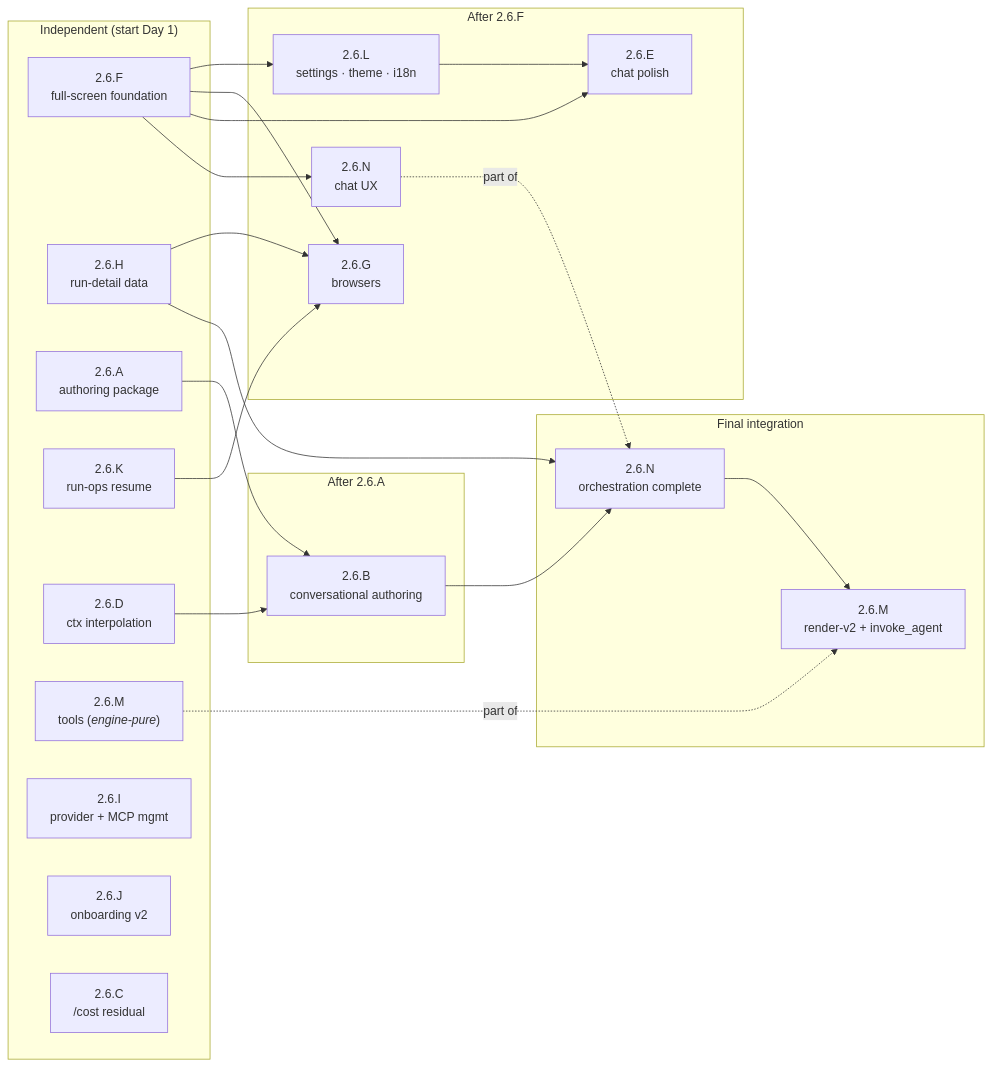
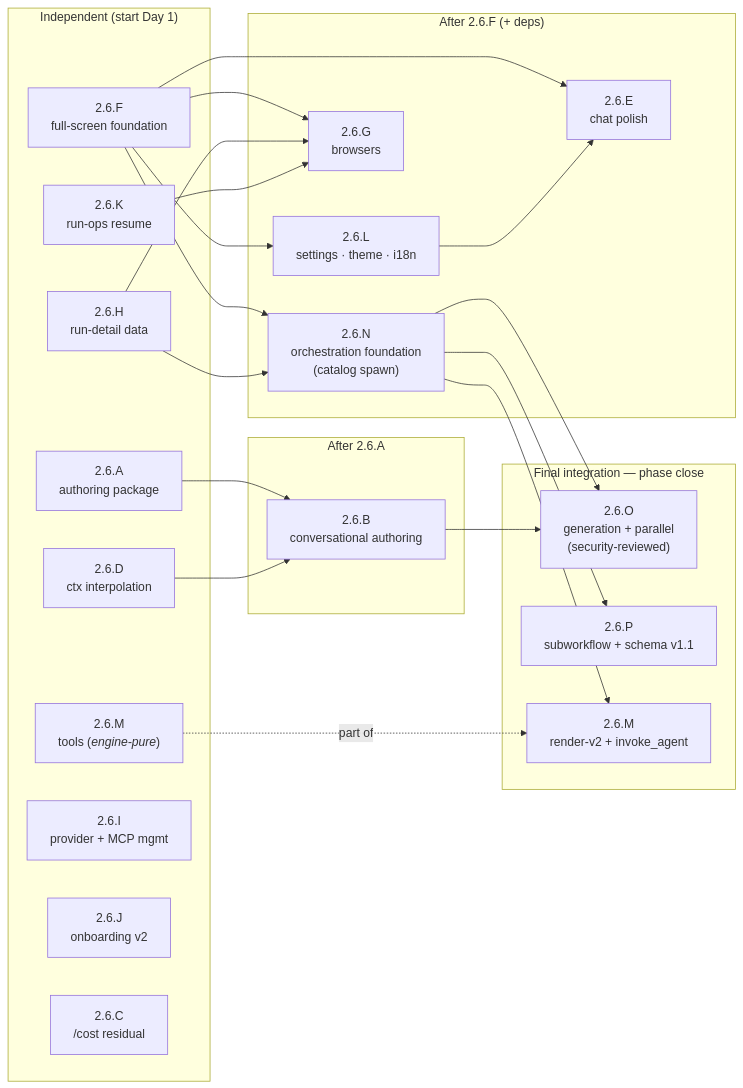
The diagram in docs/roadmap/phases/phase-2.6-conversational-authoring.md (HodeTech/Relavium), drawn with Mermaid before and after one commit. The commit also changed other lines of this file and 1 other file, not shown here.

First line of the commit message:
docs(roadmap): split orchestration into N/O/P safety gradient, add artifact two-root model

````diff
--- a/docs/roadmap/phases/phase-2.6-conversational-authoring.md
+++ b/docs/roadmap/phases/phase-2.6-conversational-authoring.md
@@ -972,45 +1030,47 @@
 ```mermaid
 flowchart LR
     subgraph Day1["Independent (start Day 1)"]
         F["2.6.F<br/>full-screen foundation"]
         H["2.6.H<br/>run-detail data"]
         A["2.6.A<br/>authoring package"]
         K["2.6.K<br/>run-ops resume"]
         D["2.6.D<br/>ctx interpolation"]
         M_t["2.6.M<br/>tools (<i>engine-pure</i>)"]
         I["2.6.I<br/>provider + MCP mgmt"]
         J["2.6.J<br/>onboarding v2"]
         C["2.6.C<br/>/cost residual"]
     end
 
-    subgraph AfterF["After 2.6.F"]
+    subgraph AfterF["After 2.6.F (+ deps)"]
         L["2.6.L<br/>settings · theme · i18n"]
         G["2.6.G<br/>browsers"]
         E["2.6.E<br/>chat polish"]
-        N_ux["2.6.N<br/>chat UX"]
+        N["2.6.N<br/>orchestration foundation<br/>(catalog spawn)"]
     end
 
     subgraph AfterA["After 2.6.A"]
         B["2.6.B<br/>conversational authoring"]
     end
 
-    subgraph Final["Final integration"]
-        N["2.6.N<br/>orchestration complete"]
+    subgraph Final["Final integration — phase close"]
+        O["2.6.O<br/>generation + parallel<br/>(security-reviewed)"]
+        P["2.6.P<br/>subworkflow + schema v1.1"]
         M_r["2.6.M<br/>render-v2 + invoke_agent"]
     end
 
     F --> L
     F --> G
     F --> E
-    F --> N_ux
+    F --> N
     H --> G
     K --> G
     A --> B
     D --> B
-    B --> N
     H --> N
     L --> E
+    N --> O
+    N --> P
+    B --> O
     N --> M_r
-    N_ux -. part of .-> N
     M_t -. part of .-> M_r
 ```
````
